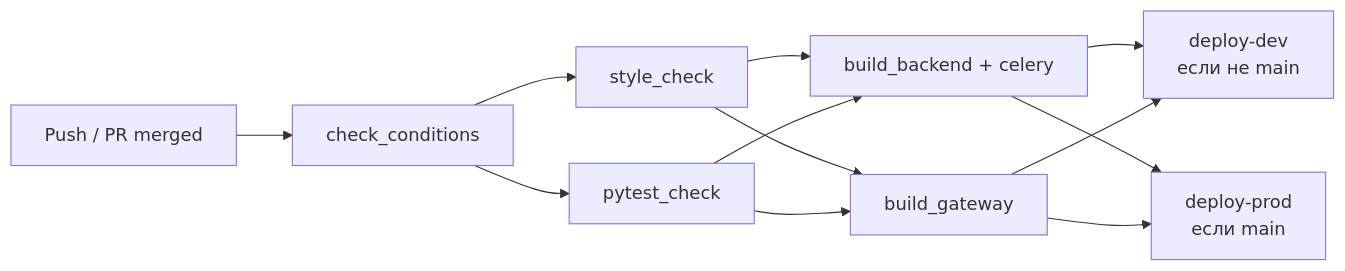
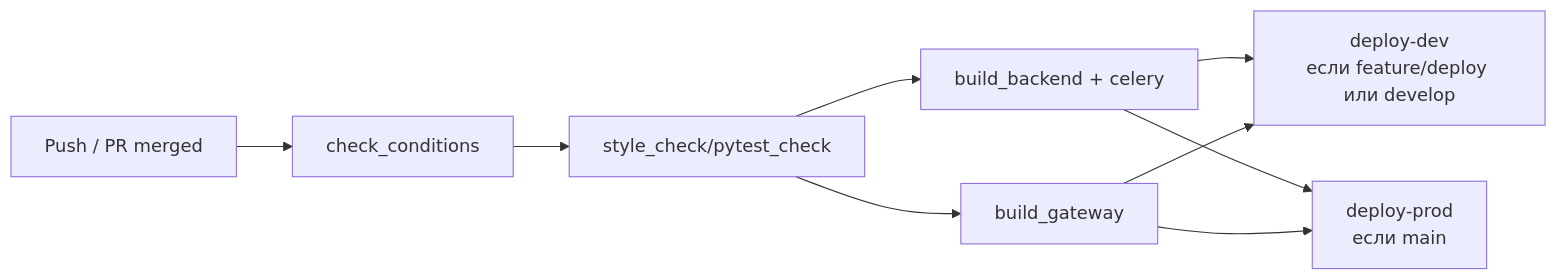
Before and after one commit to fktrctq/cafe-booking: the first of 2 diagrams in README.md, drawn with Mermaid. The commit also changed other lines of this file and 14 other files, not shown here.

````diff
--- a/README.md
+++ b/README.md
@@ -370,14 +370,11 @@
 ```mermaid
 graph LR
     A[Push / PR merged] --> B[check_conditions]
-    B --> C[style_check]
-    B --> D[pytest_check]
+    B --> C[style_check/pytest_check]
     C --> E[build_backend + celery]
-    D --> E
     C --> F[build_gateway]
-    D --> F
-    E --> G[deploy-dev<br>если не main]
+    E --> G[deploy-dev<br>если feature/deploy или develop]
     F --> G
     E --> H[deploy-prod<br>если main]
     F --> H
 ```
````
